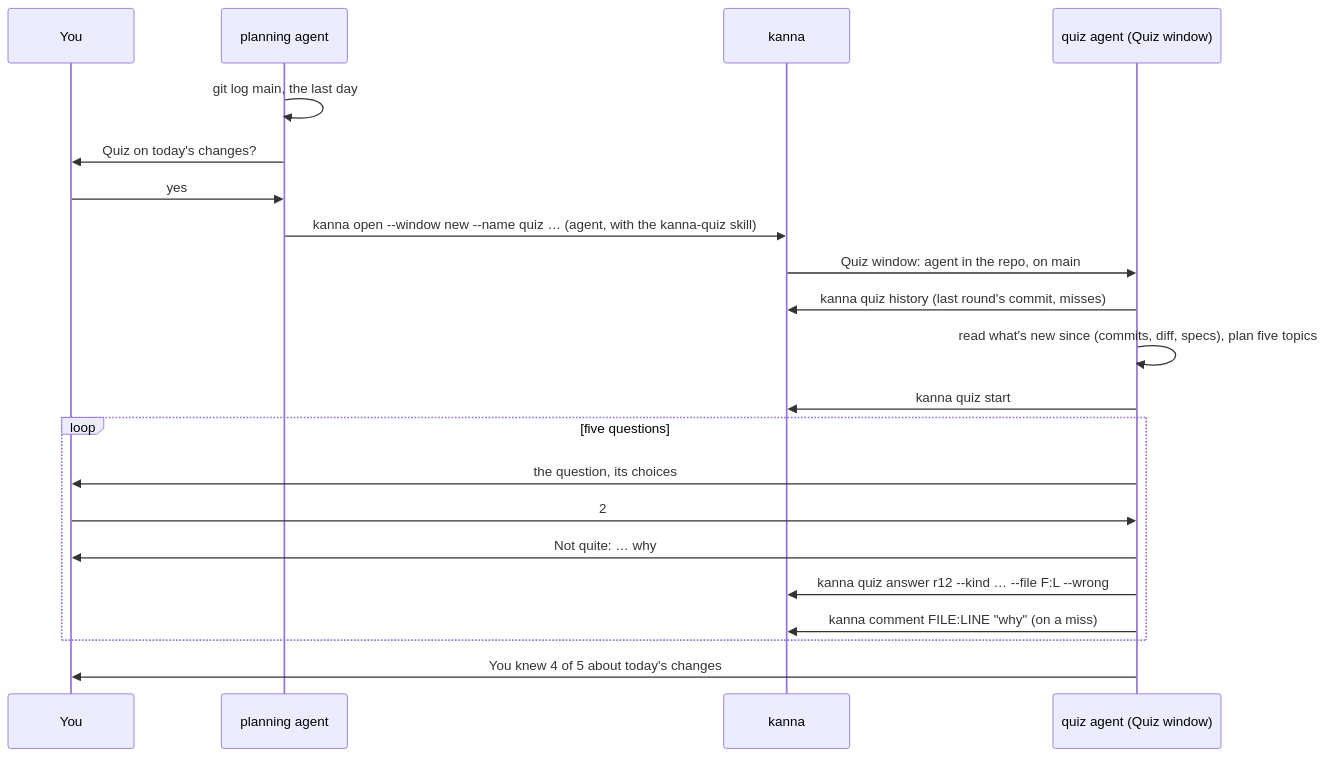
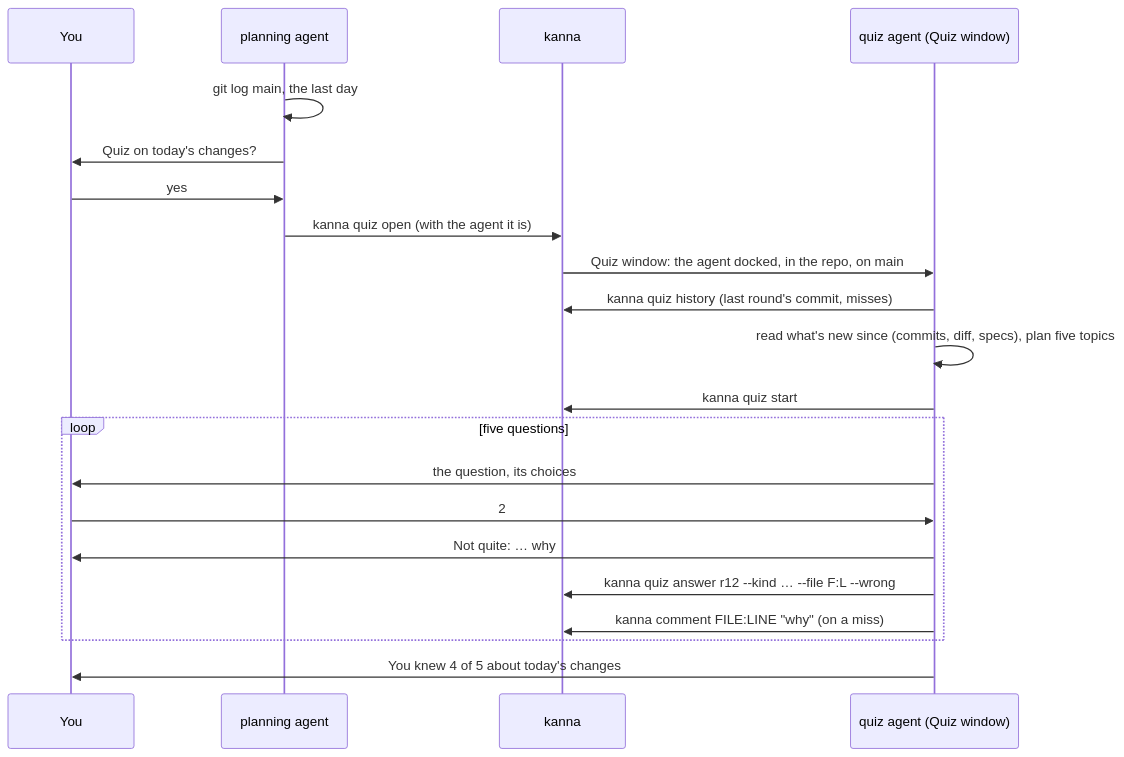
Before and after one commit to jemdiggity/kanna-v4: the first of 2 diagrams in docs/specs/quiz.md, drawn with Mermaid. The commit also changed other lines of this file and 30 other files, not shown here.

First line of the commit message:
The Quiz window docks its agent: kanna quiz open brings the repo's Quiz window forward or opens one, with the quiz agent docked on the left in the main checkout, told its role, and what it opens as tabs beside it; it isn't a task

````diff
--- a/docs/specs/quiz.md
+++ b/docs/specs/quiz.md
@@ -27,23 +27,23 @@
 ```mermaid
 sequenceDiagram
     participant You
     participant P as planning agent
     participant K as kanna
     participant Q as quiz agent (Quiz window)
     P->>P: git log main, the last day
     P->>You: Quiz on today's changes?
     You->>P: yes
-    P->>K: kanna open --window new --name quiz … (agent, with the kanna-quiz skill)
-    K->>Q: Quiz window: agent in the repo, on main
+    P->>K: kanna quiz open (with the agent it is)
+    K->>Q: Quiz window: the agent docked, in the repo, on main
     Q->>K: kanna quiz history (last round's commit, misses)
     Q->>Q: read what's new since (commits, diff, specs), plan five topics
     Q->>K: kanna quiz start
     loop five questions
         Q->>You: the question, its choices
         You->>Q: 2
         Q->>You: Not quite: … why
         Q->>K: kanna quiz answer r12 --kind … --file F:L --wrong
         Q->>K: kanna comment FILE:LINE "why" (on a miss)
     end
     Q->>You: You knew 4 of 5 about today's changes
 ```
````
